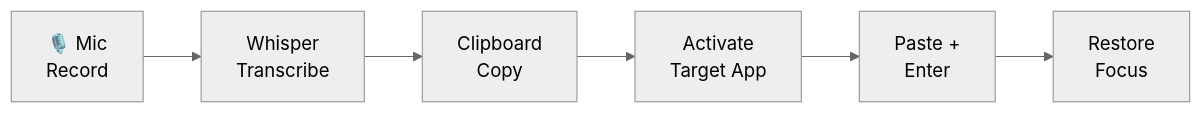
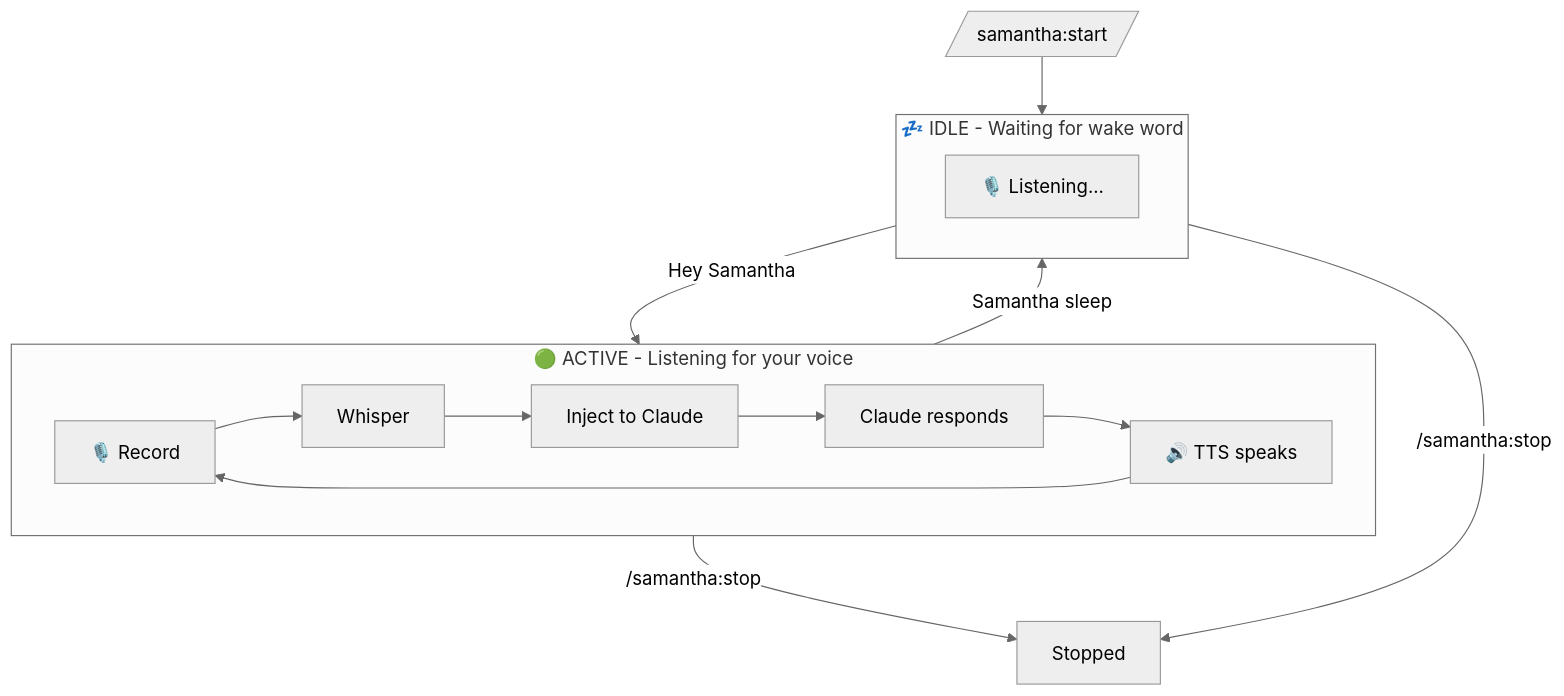
Before and after one commit to goncaloneves/samantha: the diagram in README.md, drawn with Mermaid (neutral theme). The commit also changed other lines of this file, not shown here.

Commit message:
Add comprehensive state flowchart showing active/idle modes
Shows the full lifecycle with wake word activation and deactivation commands

````diff
--- a/README.md
+++ b/README.md
@@ -207,8 +205,21 @@
 ```mermaid
-flowchart LR
-    A[🎙️ Mic<br>Record] --> B[Whisper<br>Transcribe]
-    B --> C[Clipboard<br>Copy]
-    C --> D[Activate<br>Target App]
-    D --> E[Paste +<br>Enter]
-    E --> F[Restore<br>Focus]
+flowchart TB
+    subgraph ACTIVE["🟢 ACTIVE - Listening for your voice"]
+        A[🎙️ Record] --> B[Whisper]
+        B --> C[Inject to Claude]
+        C --> D[Claude responds]
+        D --> E[🔊 TTS speaks]
+        E --> A
+    end
+
+    subgraph IDLE["💤 IDLE - Waiting for wake word"]
+        F[🎙️ Listening...]
+    end
+
+    IDLE -->|"Hey Samantha"| ACTIVE
+    ACTIVE -->|"Samantha sleep"| IDLE
+
+    START[/samantha:start/] --> IDLE
+    ACTIVE -->|/samantha:stop| STOP[Stopped]
+    IDLE -->|/samantha:stop| STOP
 ```
````
